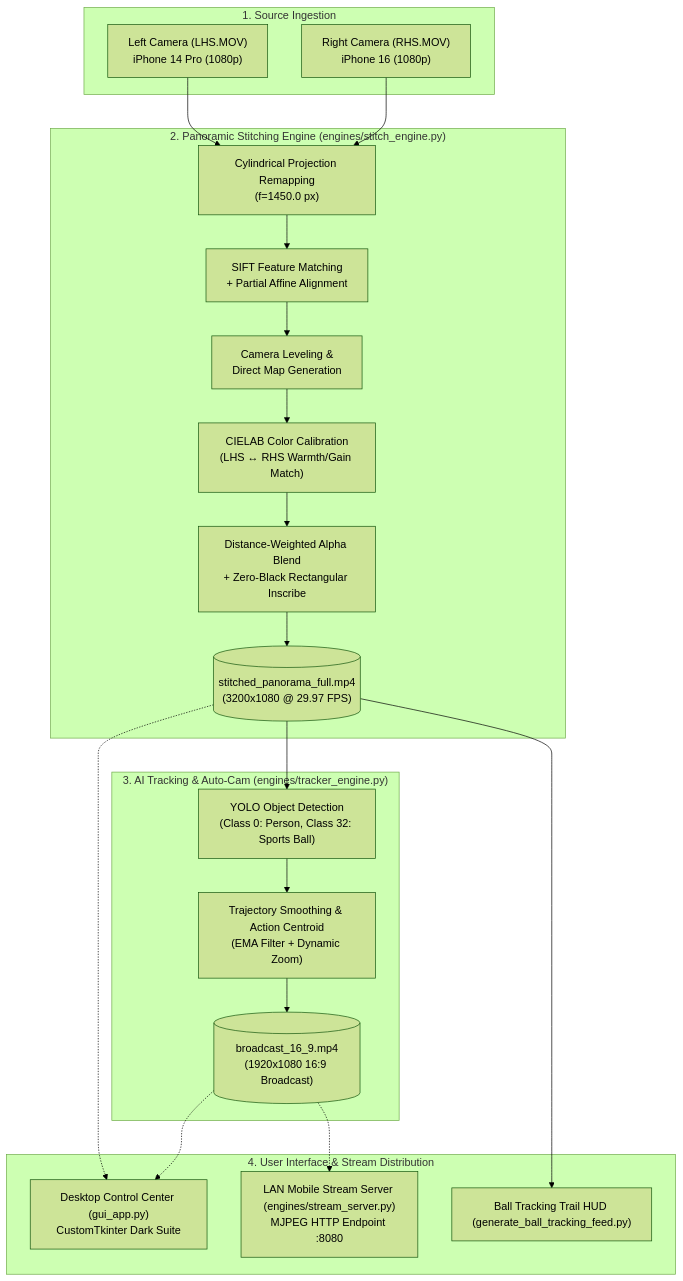
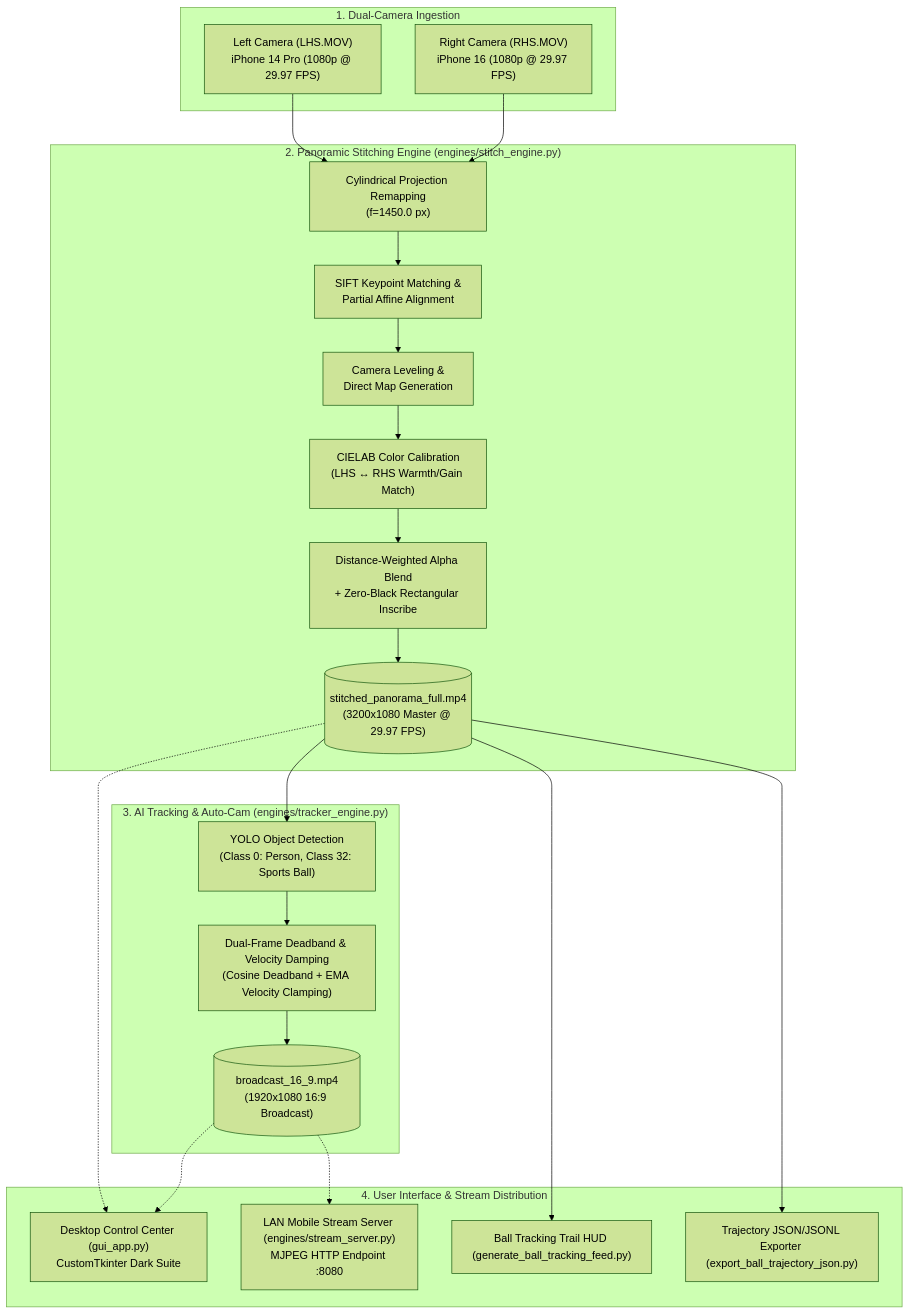
The diagram in README.md (s-parkar/ikigai), drawn with Mermaid (forest theme) before and after one commit. The commit also changed other lines of this file, not shown here.

Commit message:
Enhance README.md with professional badges, ASCII UI diagram, and structured feature cards

````diff
--- a/README.md
+++ b/README.md
@@ -17,45 +48,47 @@
 ```mermaid
 flowchart TD
-    subgraph INGESTION ["1. Source Ingestion"]
-        LHS["Left Camera (LHS.MOV)<br/>iPhone 14 Pro (1080p)"]
-        RHS["Right Camera (RHS.MOV)<br/>iPhone 16 (1080p)"]
+    subgraph INGESTION ["1. Dual-Camera Ingestion"]
+        LHS["Left Camera (LHS.MOV)<br/>iPhone 14 Pro (1080p @ 29.97 FPS)"]
+        RHS["Right Camera (RHS.MOV)<br/>iPhone 16 (1080p @ 29.97 FPS)"]
     end
 
     subgraph STITCHING ["2. Panoramic Stitching Engine (engines/stitch_engine.py)"]
         CYL["Cylindrical Projection Remapping<br/>(f=1450.0 px)"]
-        SIFT["SIFT Feature Matching<br/>+ Partial Affine Alignment"]
+        SIFT["SIFT Keypoint Matching &<br/>Partial Affine Alignment"]
         LEVEL["Camera Leveling &<br/>Direct Map Generation"]
         LAB["CIELAB Color Calibration<br/>(LHS ↔ RHS Warmth/Gain Match)"]
         BLEND["Distance-Weighted Alpha Blend<br/>+ Zero-Black Rectangular Inscribe"]
-        PANO_OUT[("stitched_panorama_full.mp4<br/>(3200x1080 @ 29.97 FPS)")]
+        PANO_OUT[("stitched_panorama_full.mp4<br/>(3200x1080 Master @ 29.97 FPS)")]
     end
 
     subgraph TRACKING ["3. AI Tracking & Auto-Cam (engines/tracker_engine.py)"]
         DET["YOLO Object Detection<br/>(Class 0: Person, Class 32: Sports Ball)"]
-        TRAJ["Trajectory Smoothing & Action Centroid<br/>(EMA Filter + Dynamic Zoom)"]
+        TRAJ["Dual-Frame Deadband & Velocity Damping<br/>(Cosine Deadband + EMA Velocity Clamping)"]
         BROADCAST_OUT[("broadcast_16_9.mp4<br/>(1920x1080 16:9 Broadcast)")]
     end
 
     subgraph PRESENTATION ["4. User Interface & Stream Distribution"]
         GUI["Desktop Control Center (gui_app.py)<br/>CustomTkinter Dark Suite"]
         HTTP["LAN Mobile Stream Server (engines/stream_server.py)<br/>MJPEG HTTP Endpoint :8080"]
         VIS["Ball Tracking Trail HUD (generate_ball_tracking_feed.py)"]
+        JSON_EXP["Trajectory JSON/JSONL Exporter (export_ball_trajectory_json.py)"]
     end
 
     LHS --> CYL
     RHS --> CYL
     CYL --> SIFT
     SIFT --> LEVEL
     LEVEL --> LAB
     LAB --> BLEND
     BLEND --> PANO_OUT
 
     PANO_OUT --> DET
     DET --> TRAJ
     TRAJ --> BROADCAST_OUT
 
     PANO_OUT -.-> GUI
     BROADCAST_OUT -.-> GUI
     BROADCAST_OUT -.-> HTTP
     PANO_OUT --> VIS
+    PANO_OUT --> JSON_EXP
 ```
````
